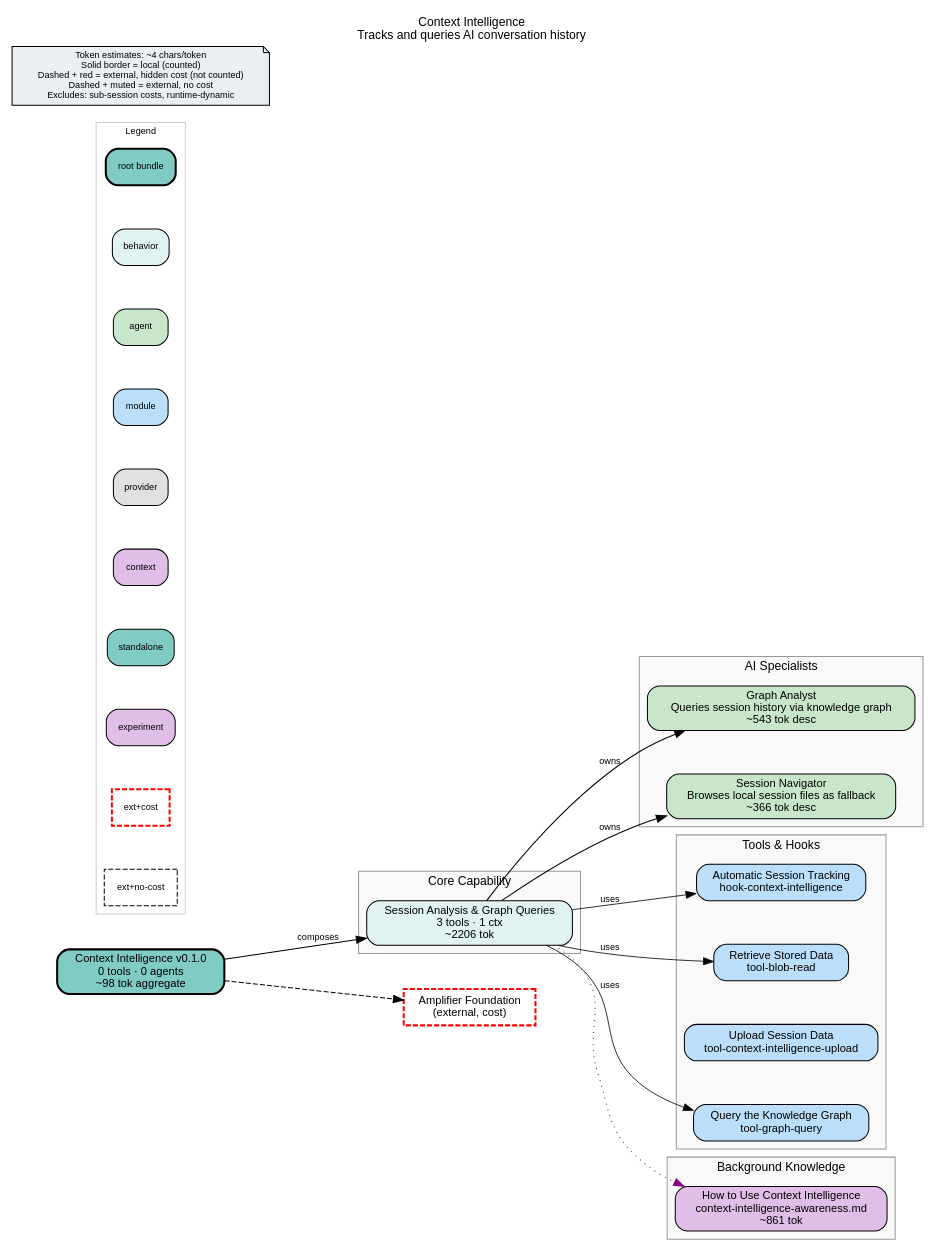
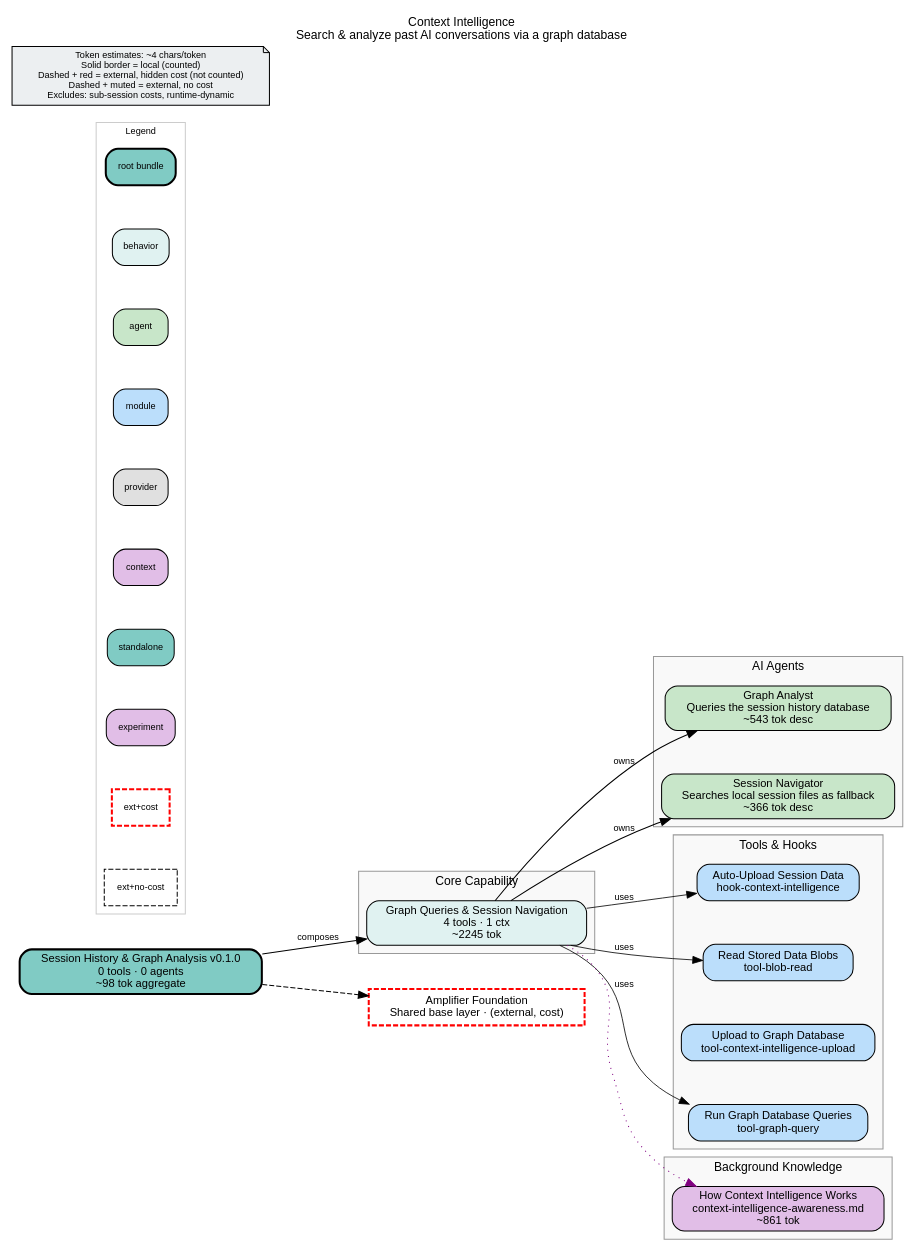
The diagram in bundle.dot (microsoft/amplifier-bundle-context-intelligence), drawn with Graphviz before and after one commit.

Commit message:
docs: regenerate bundle.dot with updated source_hash

```diff
--- a/bundle.dot
+++ b/bundle.dot
@@ -1,90 +1,91 @@
-// Context Intelligence: tracks and queries AI conversation history using a knowledge graph
+// Context Intelligence: a bundle that records AI conversations into a graph database
+// and provides agents to search, query, and navigate past session history.
 digraph context_intelligence {
     rankdir=LR
     fontname="Helvetica"
     fontsize=12
-    label="Context Intelligence\nTracks and queries AI conversation history"
+    label="Context Intelligence\nSearch & analyze past AI conversations via a graph database"
     labelloc=t
     labeljust=c
     nodesep=0.6
     ranksep=0.7
     bgcolor="white"
-    source_hash="8cadbde861403596df3b01a4b478efc75253cf3210ad4263d32ce545e7541693"
+    source_hash="9903830be4163908a452956d9465b410b0dfd1248d8d2ad7336f44f98f01577a"
 
     node [fontname="Helvetica", fontsize=11, style="filled,rounded"]
     edge [fontname="Helvetica", fontsize=9]
 
-    root_context_intelligence [label="Context Intelligence v0.1.0\n0 tools · 0 agents\n~98 tok aggregate", shape=box, fillcolor="#80cbc4", style="filled,rounded,bold", penwidth=2]
+    root_context_intelligence [label="Session History & Graph Analysis v0.1.0\n0 tools · 0 agents\n~98 tok aggregate", shape=box, fillcolor="#80cbc4", style="filled,rounded,bold", penwidth=2]
 
     subgraph cluster_behaviors {
         label="Core Capability"
         style="filled"
         fillcolor="#f9f9f9"
         color="#999999"
 
-        beh_context_intelligence_behavior [label="Session Analysis & Graph Queries\n3 tools · 1 ctx\n~2206 tok", shape=box, fillcolor="#e0f2f1", style="filled,rounded"]
+        beh_context_intelligence_behavior [label="Graph Queries & Session Navigation\n4 tools · 1 ctx\n~2245 tok", shape=box, fillcolor="#e0f2f1", style="filled,rounded"]
     }
 
     subgraph cluster_agents {
-        label="AI Specialists"
+        label="AI Agents"
         style="filled"
         fillcolor="#f9f9f9"
         color="#999999"
 
-        agt_graph_analyst [label="Graph Analyst\nQueries session history via knowledge graph\n~543 tok desc", shape=box, fillcolor="#c8e6c9", style="filled,rounded"]
-        agt_session_navigator [label="Session Navigator\nBrowses local session files as fallback\n~366 tok desc", shape=box, fillcolor="#c8e6c9", style="filled,rounded"]
+        agt_graph_analyst [label="Graph Analyst\nQueries the session history database\n~543 tok desc", shape=box, fillcolor="#c8e6c9", style="filled,rounded"]
+        agt_session_navigator [label="Session Navigator\nSearches local session files as fallback\n~366 tok desc", shape=box, fillcolor="#c8e6c9", style="filled,rounded"]
     }
 
     subgraph cluster_modules {
         label="Tools & Hooks"
         style="filled"
         fillcolor="#f9f9f9"
         color="#999999"
 
-        mod_hook_context_intelligence [label="Automatic Session Tracking\nhook-context-intelligence", shape=box, fillcolor="#bbdefb", style="filled,rounded"]
-        mod_tool_blob_read [label="Retrieve Stored Data\ntool-blob-read", shape=box, fillcolor="#bbdefb", style="filled,rounded"]
-        mod_tool_context_intelligence_upload [label="Upload Session Data\ntool-context-intelligence-upload", shape=box, fillcolor="#bbdefb", style="filled,rounded"]
-        mod_tool_graph_query [label="Query the Knowledge Graph\ntool-graph-query", shape=box, fillcolor="#bbdefb", style="filled,rounded"]
+        mod_hook_context_intelligence [label="Auto-Upload Session Data\nhook-context-intelligence", shape=box, fillcolor="#bbdefb", style="filled,rounded"]
+        mod_tool_blob_read [label="Read Stored Data Blobs\ntool-blob-read", shape=box, fillcolor="#bbdefb", style="filled,rounded"]
+        mod_tool_context_intelligence_upload [label="Upload to Graph Database\ntool-context-intelligence-upload", shape=box, fillcolor="#bbdefb", style="filled,rounded"]
+        mod_tool_graph_query [label="Run Graph Database Queries\ntool-graph-query", shape=box, fillcolor="#bbdefb", style="filled,rounded"]
     }
 
     subgraph cluster_context {
         label="Background Knowledge"
         style="filled"
         fillcolor="#f9f9f9"
         color="#999999"
 
-        ctx_context_intelligence_awareness_md [label="How to Use Context Intelligence\ncontext-intelligence-awareness.md\n~861 tok", shape=box, fillcolor="#e1bee7", style="filled,rounded"]
+        ctx_context_intelligence_awareness_md [label="How Context Intelligence Works\ncontext-intelligence-awareness.md\n~861 tok", shape=box, fillcolor="#e1bee7", style="filled,rounded"]
     }
 
     subgraph cluster_legend {
         label="Legend"
         style="filled"
         fillcolor="white"
         color="#cccccc"
         fontsize=9
 
         leg_root [label="root bundle", shape=box, fillcolor="#80cbc4", style="filled,rounded,bold", fontsize=9]
         leg_behavior [label="behavior", shape=box, fillcolor="#e0f2f1", style="filled,rounded", fontsize=9]
         leg_agent [label="agent", shape=box, fillcolor="#c8e6c9", style="filled,rounded", fontsize=9]
         leg_module [label="module", shape=box, fillcolor="#bbdefb", style="filled,rounded", fontsize=9]
         leg_provider [label="provider", shape=box, fillcolor="#e0e0e0", style="filled,rounded", fontsize=9]
         leg_context [label="context", shape=box, fillcolor="#e1bee7", style="filled,rounded", fontsize=9]
         leg_standalone [label="standalone", shape=box, fillcolor="#80cbc4", style="filled,rounded", fontsize=9]
         leg_experiment [label="experiment", shape=box, fillcolor="#e1bee7", style="filled,rounded", fontsize=9]
         leg_ext_cost [label="ext+cost", shape=box, fillcolor="#80cbc4", style="dashed", color="red", penwidth=2, fontsize=9]
         leg_ext_muted [label="ext+no-cost", shape=box, fillcolor="#f5f5f5", style="dashed", fontsize=9]
     }
 
     disclaimer [label="Token estimates: ~4 chars/token\nSolid border = local (counted)\nDashed + red = external, hidden cost (not counted)\nDashed + muted = external, no cost\nExcludes: sub-session costs, runtime-dynamic", shape=note, fillcolor="#eceff1", style="filled", fontsize=9]
 
-    ext_githttps___github_com_microsoft_amplifier_foundation_main [label="Amplifier Foundation\n(external, cost)", shape=box, fillcolor="#80cbc4", style="dashed", color="red", penwidth=2]
+    ext_githttps___github_com_microsoft_amplifier_foundation_main [label="Amplifier Foundation\nShared base layer · (external, cost)", shape=box, fillcolor="#80cbc4", style="dashed", color="red", penwidth=2]
 
     root_context_intelligence -> ext_githttps___github_com_microsoft_amplifier_foundation_main [style=dashed]
     root_context_intelligence -> beh_context_intelligence_behavior [label="composes"]
     beh_context_intelligence_behavior -> agt_graph_analyst [label="owns"]
     beh_context_intelligence_behavior -> agt_session_navigator [label="owns"]
     beh_context_intelligence_behavior -> mod_tool_graph_query [label="uses", penwidth=0.8]
     beh_context_intelligence_behavior -> mod_tool_blob_read [label="uses", penwidth=0.8]
     beh_context_intelligence_behavior -> mod_hook_context_intelligence [label="uses", penwidth=0.8]
     beh_context_intelligence_behavior -> ctx_context_intelligence_awareness_md [style=dotted, color=purple]
 }
```
